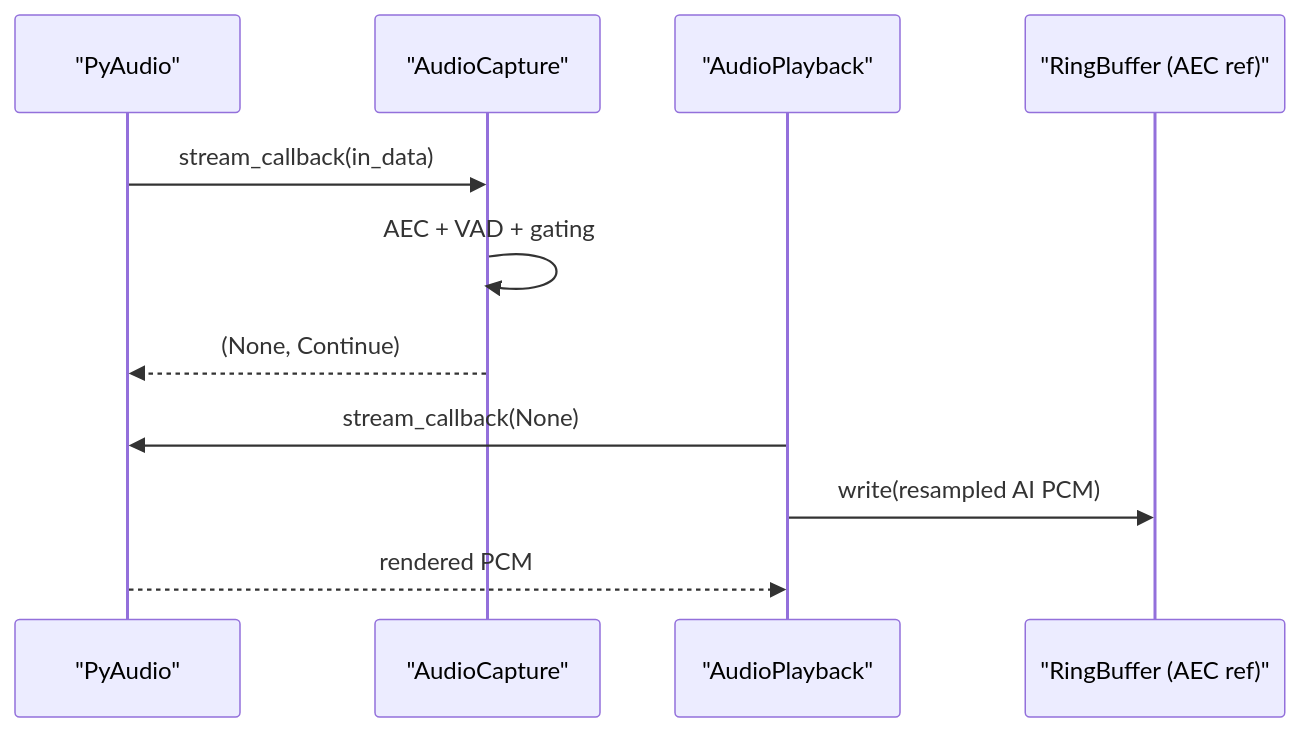
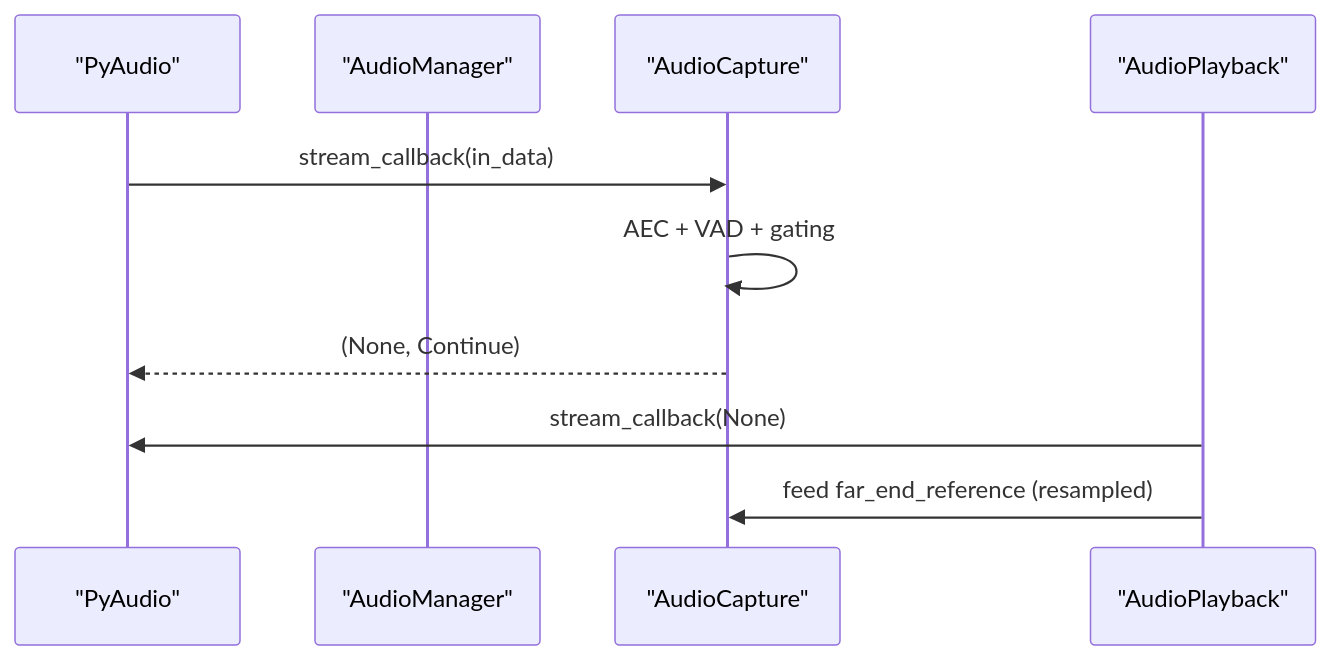
Before and after one commit to Moeabdelaziz007/Aether-Voice-OS: the tenth of 12 diagrams in .qoder/repowiki/en/content/Audio Processing System/Audio Processing System.md, drawn with Mermaid. The commit also changed other lines of this file and 29 other files, not shown here.

````diff
--- a/.qoder/repowiki/en/content/Audio Processing System/Audio Processing System.md
+++ b/.qoder/repowiki/en/content/Audio Processing System/Audio Processing System.md
@@ -319,13 +501,12 @@
 ```mermaid
 sequenceDiagram
 participant PyA as "PyAudio"
+participant AM as "AudioManager"
 participant Cap as "AudioCapture"
 participant PB as "AudioPlayback"
-participant RB as "RingBuffer (AEC ref)"
 PyA->>Cap : stream_callback(in_data)
 Cap->>Cap : AEC + VAD + gating
 Cap-->>PyA : (None, Continue)
 PB->>PyA : stream_callback(None)
-PB->>RB : write(resampled AI PCM)
-PyA-->>PB : rendered PCM
+PB->>Cap : feed far_end_reference (resampled)
 ```
````
